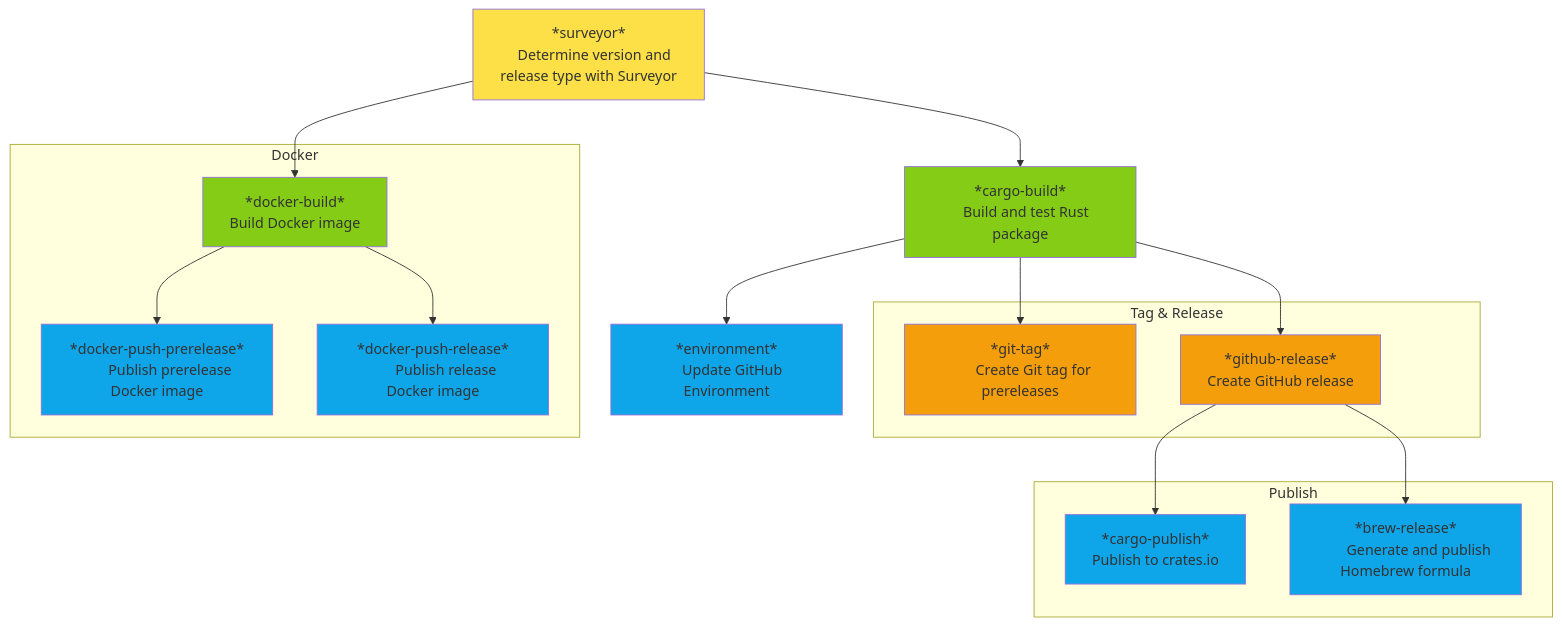
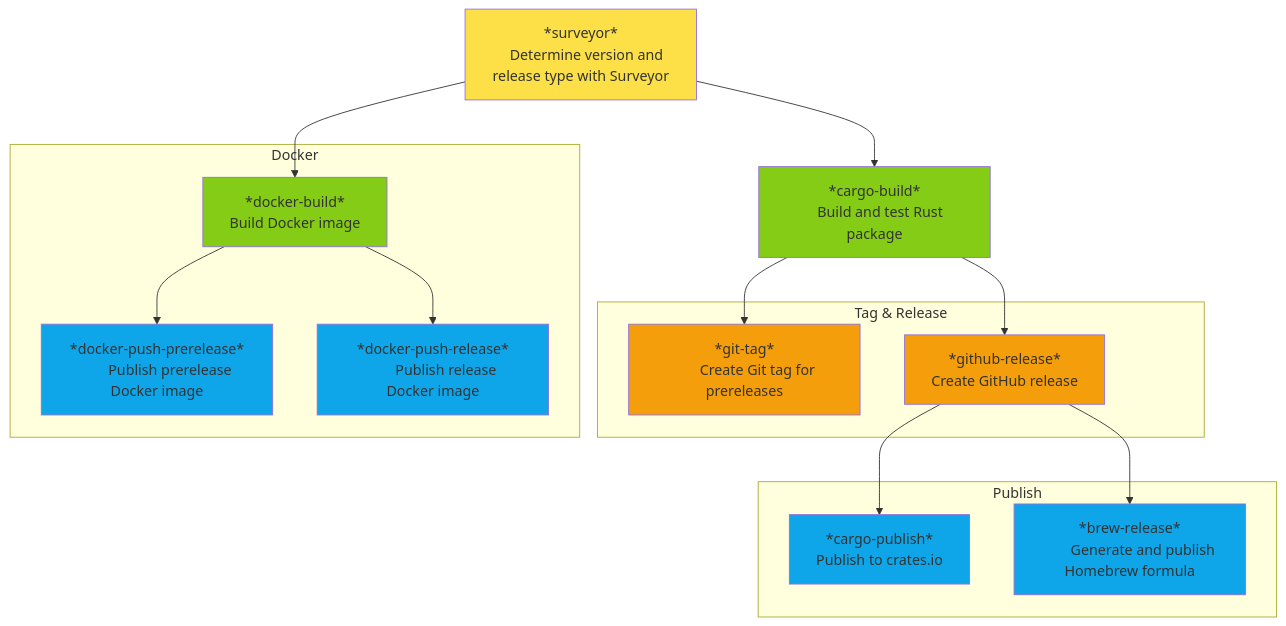
The fourth of 4 diagrams in README.md (StudioLE/Actions), drawn with Mermaid before and after one commit. The commit also changed other lines of this file and 6 other files, not shown here.

````diff
--- a/README.md
+++ b/README.md
@@ -179,54 +175,50 @@
 ```mermaid
 flowchart TD
     surveyor[*surveyor*
     Determine version and release type with Surveyor]:::SURVEYOR
 
     cargo-build[*cargo-build*
     Build and test Rust package]:::BUILD
 
     subgraph TAG[Tag & Release]
         git-tag[*git-tag*
         Create Git tag for prereleases]:::RELEASE
         github-release[*github-release*
         Create GitHub release]:::RELEASE
     end
 
     subgraph PUBLISH[Publish]
         cargo-publish[*cargo-publish*
         Publish to crates.io]:::PUSH
         brew-release[*brew-release*
         Generate and publish Homebrew formula]:::PUSH
     end
 
     subgraph DOCKER[Docker]
         docker-build[*docker-build*
         Build Docker image]:::BUILD
         docker-push-prerelease[*docker-push-prerelease*
         Publish prerelease Docker image]:::PUSH
         docker-push-release[*docker-push-release*
         Publish release Docker image]:::PUSH
     end
 
-    environment[*environment*
-    Update GitHub Environment]:::PUSH
-
     %% Main workflow connections
     surveyor --> cargo-build
 
     cargo-build --> git-tag
     cargo-build --> github-release
-    cargo-build --> environment
 
     github-release --> cargo-publish
     github-release --> brew-release
 
     surveyor --> docker-build
     docker-build --> docker-push-prerelease
     docker-build --> docker-push-release
 
     %% Styling with Tailwind colors
     classDef SURVEYOR fill:#fde047
     classDef BUILD fill:#84cc16
     classDef RELEASE fill:#f59e0b
     classDef PUSH fill:#0ea5e9
 ```
````
